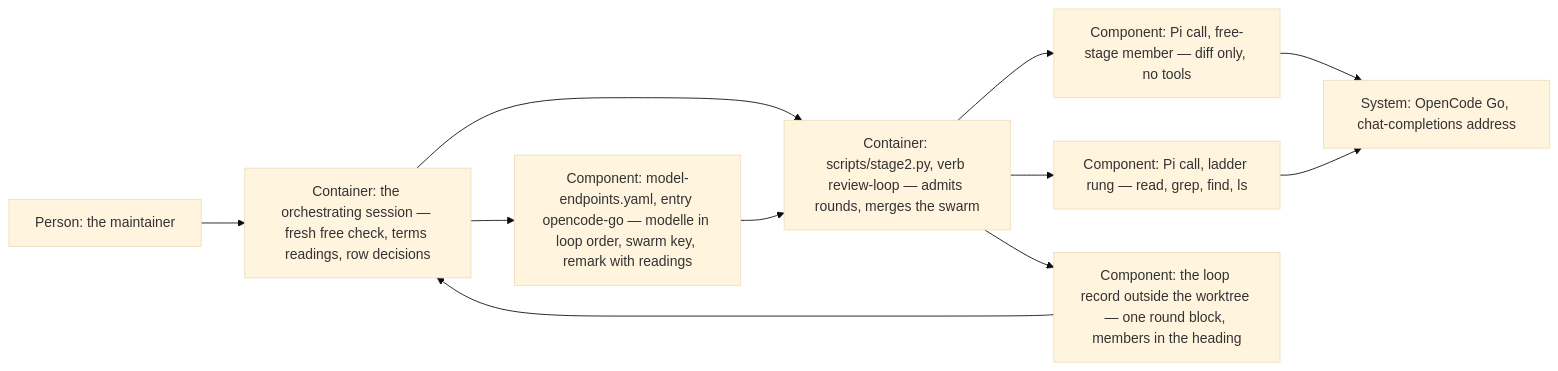
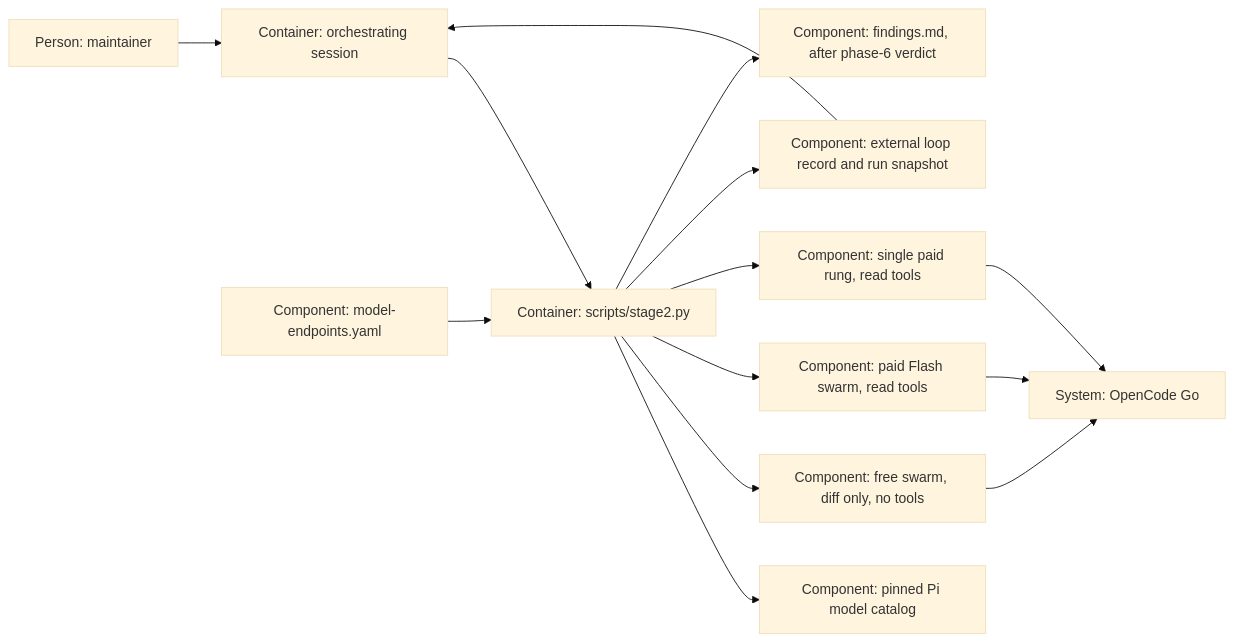
The diagram in plans/changes/loop-until-clean/design.md (bicycle-brakes/monotrope), drawn with Mermaid (base theme) before and after one commit. The commit also changed other lines of this file and 5 other files, not shown here.

````diff
--- a/plans/changes/loop-until-clean/design.md
+++ b/plans/changes/loop-until-clean/design.md
@@ -285,13 +129,16 @@
 ```mermaid
 flowchart LR
-    maintainer["Person: the maintainer"] --> orch["Container: the orchestrating session — fresh free check, terms readings, row decisions"]
-    orch --> entry["Component: model-endpoints.yaml, entry opencode-go — modelle in loop order, swarm key, remark with readings"]
-    orch --> runner["Container: scripts/stage2.py, verb review-loop — admits rounds, merges the swarm"]
-    entry --> runner
-    runner --> freepi["Component: Pi call, free-stage member — diff only, no tools"]
-    runner --> rungpi["Component: Pi call, ladder rung — read, grep, find, ls"]
-    freepi --> go["System: OpenCode Go, chat-completions address"]
-    rungpi --> go
-    runner --> record["Component: the loop record outside the worktree — one round block, members in the heading"]
+    person["Person: maintainer"] --> orch["Container: orchestrating session"]
+    orch --> runner["Container: scripts/stage2.py"]
+    config["Component: model-endpoints.yaml"] --> runner
+    runner --> catalog["Component: pinned Pi model catalog"]
+    runner --> free["Component: free swarm, diff only, no tools"]
+    runner --> flash["Component: paid Flash swarm, read tools"]
+    runner --> single["Component: single paid rung, read tools"]
+    free --> go["System: OpenCode Go"]
+    flash --> go
+    single --> go
+    runner --> record["Component: external loop record and run snapshot"]
     record --> orch
+    runner --> findings["Component: findings.md, after phase-6 verdict"]
 ```
````
